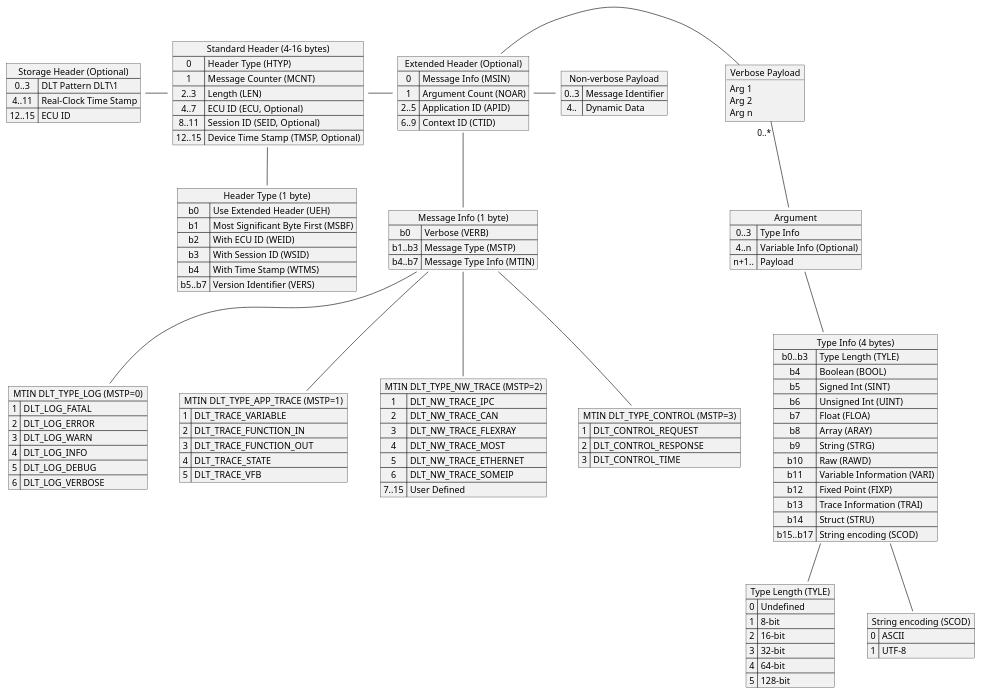
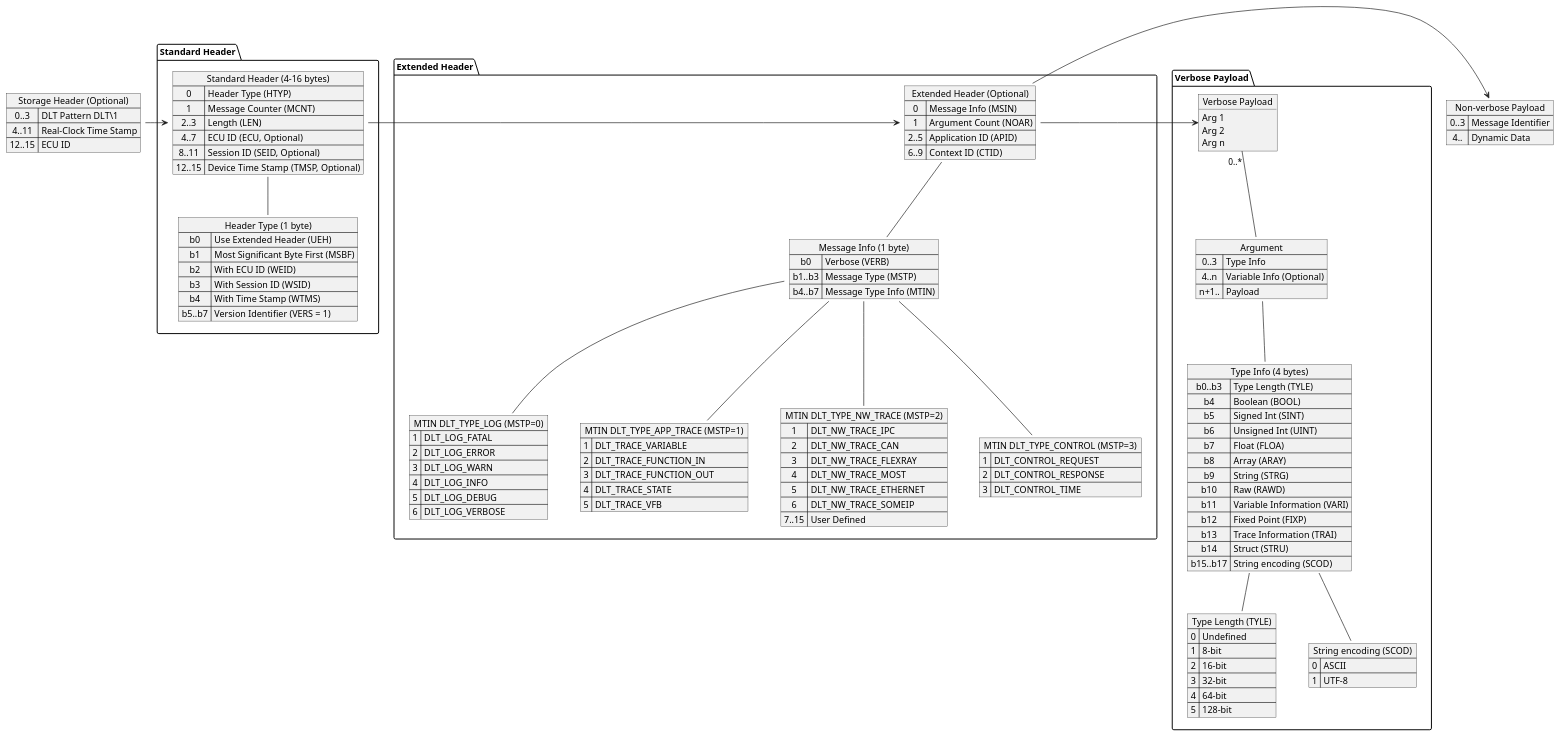
The diagram in TraceReader.Dlt/docs/diagrams/DLT.FormatCheatSheet.plantuml (jcurl/RJCP.DLL.Log), drawn with PlantUML before and after one commit. The commit also changed 8 other files, not shown here.

First line of the commit message:
DLT Version 2: Provide an interpretation of the standard

```diff
--- a/TraceReader.Dlt/docs/diagrams/DLT.FormatCheatSheet.plantuml
+++ b/TraceReader.Dlt/docs/diagrams/DLT.FormatCheatSheet.plantuml
@@ -1,133 +1,139 @@
 @startuml DLT.FormatCheatSheet
 map "Storage Header (Optional)" as StorageHeader {
     0..3 => DLT Pattern DLT\1
     4..11 => Real-Clock Time Stamp
     12..15 => ECU ID
 }
 
-map "Standard Header (4-16 bytes)" as StandardHeader {
-    0 => Header Type (HTYP)
-    1 => Message Counter (MCNT)
-    2..3 => Length (LEN)
-    4..7 => ECU ID (ECU, Optional)
-    8..11 => Session ID (SEID, Optional)
-    12..15 => Device Time Stamp (TMSP, Optional)
+package "Standard Header" {
+    map "Standard Header (4-16 bytes)" as StandardHeader {
+        0 => Header Type (HTYP)
+        1 => Message Counter (MCNT)
+        2..3 => Length (LEN)
+        4..7 => ECU ID (ECU, Optional)
+        8..11 => Session ID (SEID, Optional)
+        12..15 => Device Time Stamp (TMSP, Optional)
+    }
+
+    map "Header Type (1 byte)" as HeaderType {
+        b0 => Use Extended Header (UEH)
+        b1 => Most Significant Byte First (MSBF)
+        b2 => With ECU ID (WEID)
+        b3 => With Session ID (WSID)
+        b4 => With Time Stamp (WTMS)
+        b5..b7 => Version Identifier (VERS = 1)
+    }
 }
 
-map "Header Type (1 byte)" as HeaderType {
-    b0 => Use Extended Header (UEH)
-    b1 => Most Significant Byte First (MSBF)
-    b2 => With ECU ID (WEID)
-    b3 => With Session ID (WSID)
-    b4 => With Time Stamp (WTMS)
-    b5..b7 => Version Identifier (VERS)
-}
-
+package "Extended Header" {
 map "Extended Header (Optional)" as ExtendedHeader {
     0 => Message Info (MSIN)
     1 => Argument Count (NOAR)
     2..5 => Application ID (APID)
     6..9 => Context ID (CTID)
 }
 
 map "Message Info (1 byte)" as MessageInfo {
     b0 => Verbose (VERB)
     b1..b3 => Message Type (MSTP)
     b4..b7 => Message Type Info (MTIN)
 }
 
 map "MTIN DLT_TYPE_LOG (MSTP=0)" as DLT_TYPE_LOG {
     1 => DLT_LOG_FATAL
     2 => DLT_LOG_ERROR
     3 => DLT_LOG_WARN
     4 => DLT_LOG_INFO
     5 => DLT_LOG_DEBUG
     6 => DLT_LOG_VERBOSE
 }
 
 map "MTIN DLT_TYPE_APP_TRACE (MSTP=1)" as DLT_TYPE_APP_TRACE {
     1 => DLT_TRACE_VARIABLE
     2 => DLT_TRACE_FUNCTION_IN
     3 => DLT_TRACE_FUNCTION_OUT
     4 => DLT_TRACE_STATE
     5 => DLT_TRACE_VFB
 }
 
 map "MTIN DLT_TYPE_NW_TRACE (MSTP=2)" as DLT_TYPE_NW_TRACE {
     1 =>  DLT_NW_TRACE_IPC
     2 =>  DLT_NW_TRACE_CAN
     3 =>  DLT_NW_TRACE_FLEXRAY
     4 =>  DLT_NW_TRACE_MOST
     5 =>  DLT_NW_TRACE_ETHERNET
     6 =>  DLT_NW_TRACE_SOMEIP
     7..15 => User Defined
 }
 
 map "MTIN DLT_TYPE_CONTROL (MSTP=3)" as DLT_TYPE_CONTROL {
     1 => DLT_CONTROL_REQUEST
     2 => DLT_CONTROL_RESPONSE
     3 => DLT_CONTROL_TIME
 }
-
-object "Verbose Payload" as Payload {
-    Arg 1
-    Arg 2
-    Arg n
 }
 
 map "Non-verbose Payload" as NonVerbosePayload {
     0..3 => Message Identifier
     4.. => Dynamic Data
+}
+
+package "Verbose Payload" {
+object "Verbose Payload" as Payload {
+    Arg 1
+    Arg 2
+    Arg n
 }
 
 map Argument {
     0..3 => Type Info
     4..n => Variable Info (Optional)
     n+1.. => Payload
 }
 
 map "Type Info (4 bytes)" as TypeInfo {
    b0..b3 => Type Length (TYLE)
    b4 => Boolean (BOOL)
    b5 => Signed Int (SINT)
    b6 => Unsigned Int (UINT)
    b7 => Float (FLOA)
    b8 => Array (ARAY)
    b9 => String (STRG)
    b10 => Raw (RAWD)
    b11 => Variable Information (VARI)
    b12 => Fixed Point (FIXP)
    b13 => Trace Information (TRAI)
    b14 => Struct (STRU)
    b15..b17 => String encoding (SCOD)
 }
 
 map "Type Length (TYLE)" as TypeLength {
     0 => Undefined
     1 => 8-bit
     2 => 16-bit
     3 => 32-bit
     4 => 64-bit
     5 => 128-bit
 }
 
 map "String encoding (SCOD)" as StringCoding {
     0 => ASCII
     1 => UTF-8
 }
+}
 
-StorageHeader - StandardHeader
-StandardHeader - ExtendedHeader
+StorageHeader -> StandardHeader
+StandardHeader -> ExtendedHeader
 StandardHeader -- HeaderType
-ExtendedHeader - Payload
-ExtendedHeader - NonVerbosePayload
+ExtendedHeader -> Payload
+ExtendedHeader -> NonVerbosePayload
 ExtendedHeader -- MessageInfo
 MessageInfo -- DLT_TYPE_LOG
 MessageInfo -- DLT_TYPE_APP_TRACE
 MessageInfo -- DLT_TYPE_NW_TRACE
 MessageInfo -- DLT_TYPE_CONTROL
 Payload "0..*" -- Argument
 Argument -- TypeInfo
 TypeInfo -- TypeLength
 TypeInfo -- StringCoding
 @enduml
```
